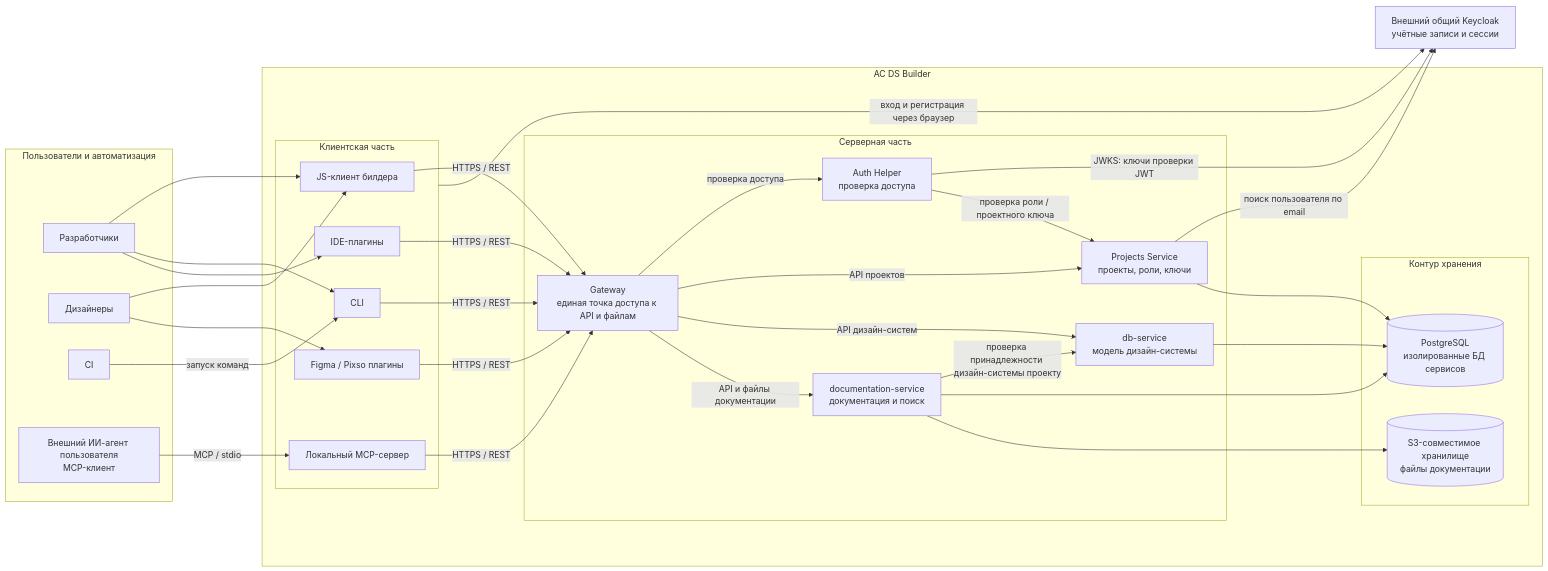
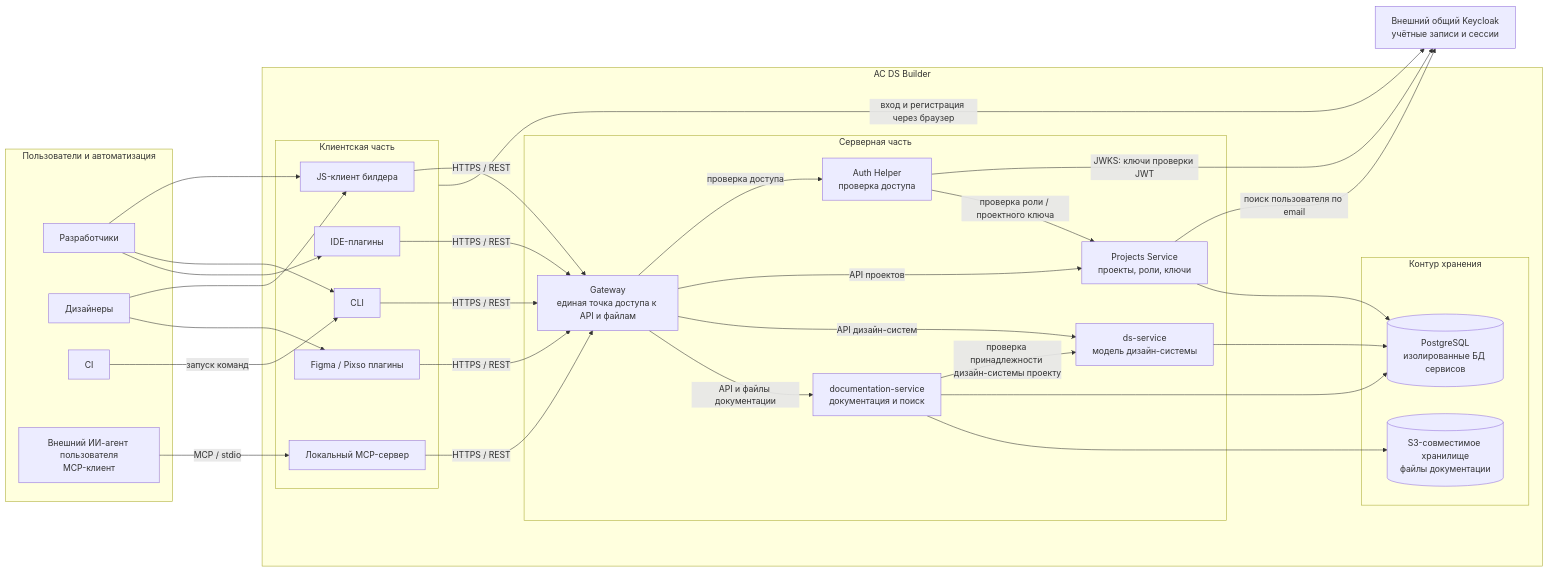
Before and after one commit to salute-developers/design-system-builder: the diagram in openspec/architecture/SystemArchitecture.md, drawn with Mermaid. The commit also changed other lines of this file and 607 other files, not shown here.

````diff
--- a/openspec/architecture/SystemArchitecture.md
+++ b/openspec/architecture/SystemArchitecture.md
@@ -29,62 +29,62 @@
 ```mermaid
 flowchart LR
     subgraph Actors["Пользователи и автоматизация"]
         Developer["Разработчики"]
         Designer["Дизайнеры"]
         CI["CI"]
         Agent["Внешний ИИ-агент пользователя<br/>MCP-клиент"]
     end
 
     Keycloak["Внешний общий Keycloak<br/>учётные записи и сессии"]
 
     subgraph System["АС DS Builder"]
         subgraph Clients["Клиентская часть"]
             Web["JS-клиент билдера"]
             CLI["CLI"]
             MCP["Локальный MCP-сервер"]
             IDE["IDE-плагины"]
             DesignPlugins["Figma / Pixso плагины"]
         end
 
         subgraph Backend["Серверная часть"]
             Gateway["Gateway<br/>единая точка доступа к API и файлам"]
             Auth["Auth Helper<br/>проверка доступа"]
             Projects["Projects Service<br/>проекты, роли, ключи"]
-            Model["db-service<br/>модель дизайн-системы"]
+            Model["ds-service<br/>модель дизайн-системы"]
             Docs["documentation-service<br/>документация и поиск"]
         end
         subgraph Storage["Контур хранения"]
             PG[("PostgreSQL<br/>изолированные БД сервисов")]
             S3[("S3-совместимое хранилище<br/>файлы документации")]
         end
     end
 
     Developer --> Web
     Developer --> CLI
     Developer --> IDE
     Designer --> Web
     Designer --> DesignPlugins
     CI -->|"запуск команд"| CLI
     Agent -->|"MCP / stdio"| MCP
     Web -->|"HTTPS / REST"| Gateway
     CLI -->|"HTTPS / REST"| Gateway
     MCP -->|"HTTPS / REST"| Gateway
     IDE -->|"HTTPS / REST"| Gateway
     DesignPlugins -->|"HTTPS / REST"| Gateway
     Clients -->|"вход и регистрация через браузер"| Keycloak
 
     Gateway -->|"проверка доступа"| Auth
     Auth -->|"JWKS: ключи проверки JWT"| Keycloak
     Auth -->|"проверка роли / проектного ключа"| Projects
     Projects -->|"поиск пользователя по email"| Keycloak
 
     Gateway -->|"API проектов"| Projects
     Gateway -->|"API дизайн-систем"| Model
     Gateway -->|"API и файлы документации"| Docs
     Docs -->|"проверка принадлежности дизайн-системы проекту"| Model
 
     Projects --> PG
     Model --> PG
     Docs --> PG
     Docs --> S3
 ```
````
